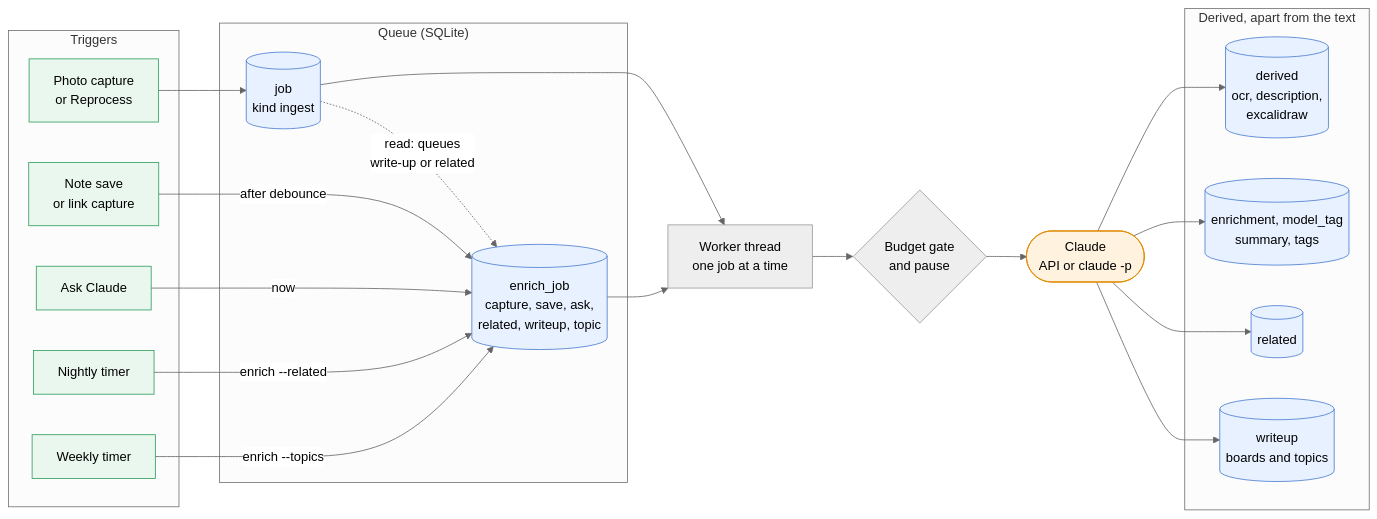
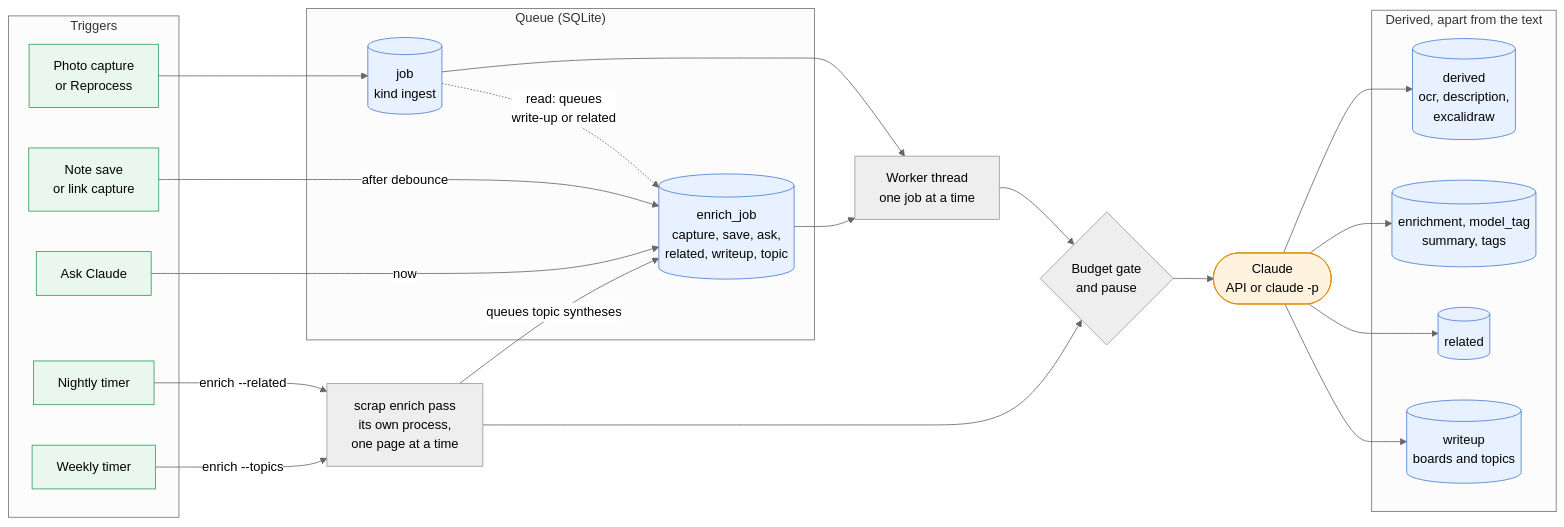
The first of 3 diagrams in docs/explanations/architecture/claude-pipeline.md (gilesknap/scrap), drawn with Mermaid (neutral theme) before and after one commit. The commit also changed other lines of this file and 23 other files, not shown here.

First line of the commit message:
Final docs pass for 1.0: fix drift against the code and chart (#376)

````diff
--- a/docs/explanations/architecture/claude-pipeline.md
+++ b/docs/explanations/architecture/claude-pipeline.md
@@ -15,36 +17,39 @@
 ```mermaid
 flowchart LR
     subgraph IN["Triggers"]
         photo["Photo capture<br/>or Reprocess"]:::user
         save["Note save<br/>or link capture"]:::user
         ask["Ask Claude"]:::user
         night["Nightly timer"]:::user
         week["Weekly timer"]:::user
     end
     subgraph Q["Queue (SQLite)"]
         job[("job<br/>kind ingest")]:::store
         ej[("enrich_job<br/>capture, save, ask,<br/>related, writeup, topic")]:::store
     end
     W["Worker thread<br/>one job at a time"]
+    P["scrap enrich pass<br/>its own process,<br/>one page at a time"]
     G{"Budget gate<br/>and pause"}
     C(["Claude<br/>API or claude -p"]):::claude
     subgraph OUT["Derived, apart from the text"]
         d[("derived<br/>ocr, description,<br/>excalidraw")]:::store
         e[("enrichment, model_tag<br/>summary, tags")]:::store
         r[("related")]:::store
         w[("writeup<br/>boards and topics")]:::store
     end
     photo --> job
     save -->|"after debounce"| ej
     ask -->|"now"| ej
-    night -->|"enrich --related"| ej
-    week -->|"enrich --topics"| ej
+    night -->|"enrich --related"| P
+    week -->|"enrich --topics"| P
+    P -->|"queues topic syntheses"| ej
     job --> W
     ej --> W
     W --> G --> C
+    P --> G
     C --> d & e & r & w
     job -. "read: queues<br/>write-up or related" .-> ej
     classDef store fill:#e8f1ff,stroke:#4a7bd0;
     classDef claude fill:#fff3e0,stroke:#e08a00;
     classDef user fill:#e9f7ef,stroke:#2e9d5b;
 ```
````
